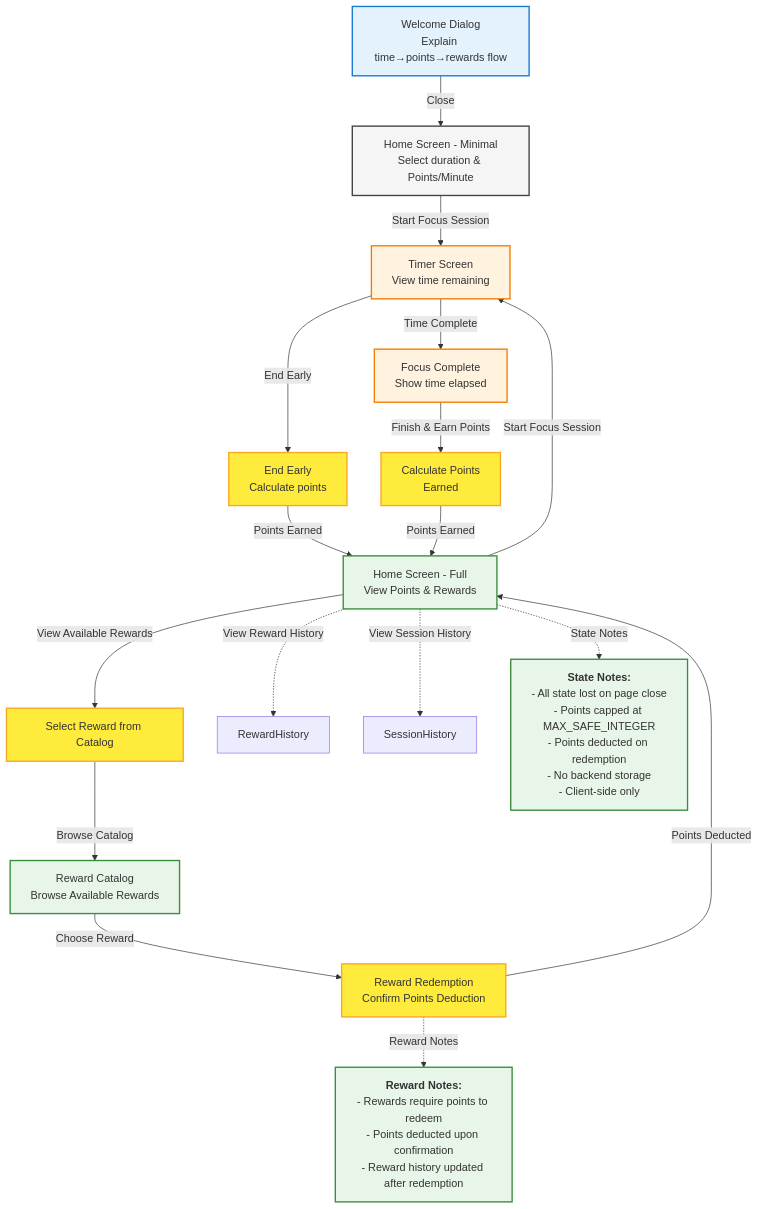
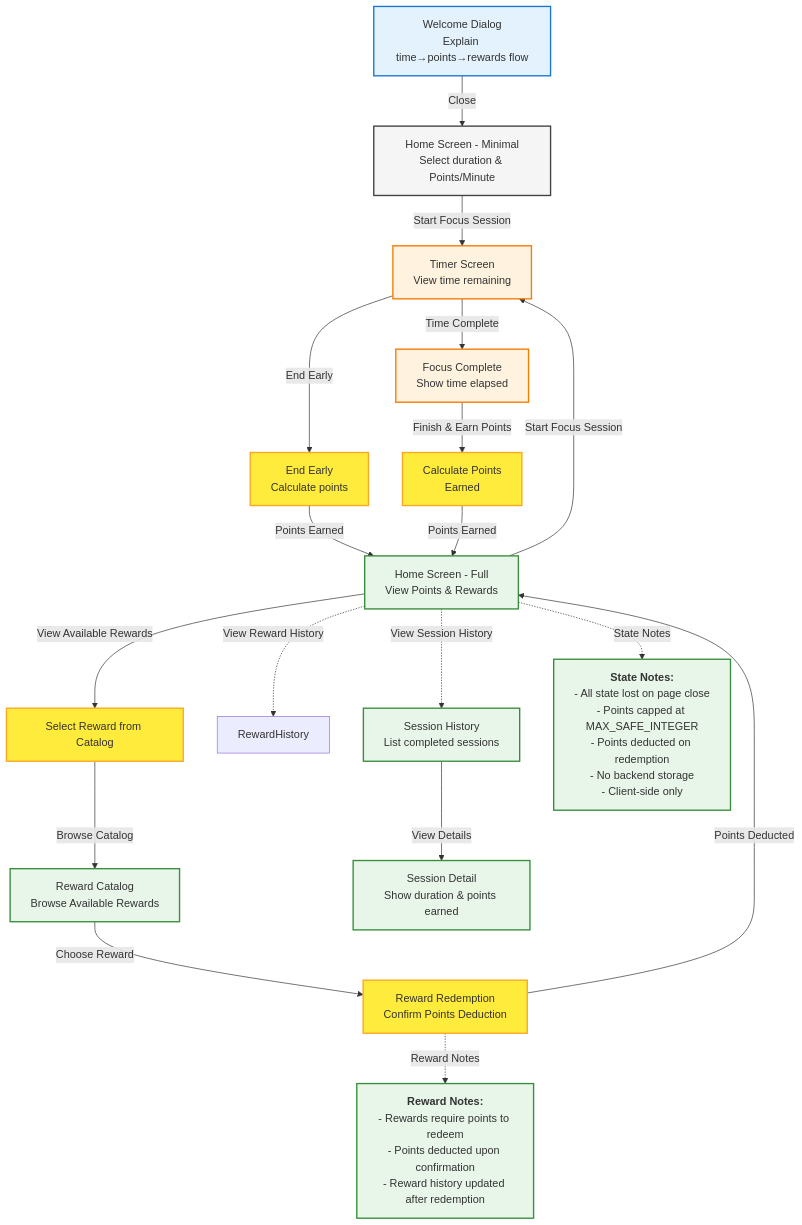
The diagram in design.md (michellekli/PomoExchange), drawn with Mermaid before and after one commit.

Commit message:
Add Session History to 3.1 User Flow

````diff
--- a/design.md
+++ b/design.md
@@ -59,63 +59,68 @@
 ```mermaid
 flowchart TD
    %% Define styles
    classDef welcome fill:#e3f2fd,stroke:#1976d2,stroke-width:2px
    classDef homeMinimal fill:#f5f5f5,stroke:#424242,stroke-width:2px
    classDef timer fill:#fff3e0,stroke:#f57c00,stroke-width:2px
    classDef homeFull fill:#e8f5e9,stroke:#388e3c,stroke-width:2px
    classDef action fill:#ffeb3b,stroke:#f9a825,stroke-width:2px
 
    %% Welcome Dialog
    Welcome[Welcome Dialog<br/>Explain time→points→rewards flow]:::welcome
    Welcome -->|Close| HomeMinimal
 
    %% Home Screen - Minimal
    HomeMinimal[Home Screen - Minimal<br/>Select duration & Points/Minute]:::homeMinimal
    HomeMinimal -->|Start Focus Session| Timer
 
    %% Timer Screen
    Timer[Timer Screen<br/>View time remaining]:::timer
    Timer -->|End Early| EndEarly
    Timer -->|Time Complete| Complete
 
    %% End Early Path
    EndEarly[End Early<br/>Calculate points]:::action
    EndEarly -->|Points Earned| HomeFull
 
    %% Complete Path
    Complete[Focus Complete<br/>Show time elapsed]:::timer
    Complete -->|Finish & Earn Points| EarnPoints
 
    %% Earn Points Path
    EarnPoints[Calculate Points<br/>Earned]:::action
    EarnPoints -->|Points Earned| HomeFull
 
    %% Home Screen - Full
    HomeFull[Home Screen - Full<br/>View Points & Rewards]:::homeFull
    HomeFull -->|Start Focus Session| Timer
    HomeFull -->|View Available Rewards| RewardSelection
 
    %% Reward Selection Path
    RewardSelection[Select Reward from Catalog]:::action
    RewardSelection -->|Browse Catalog| RewardCatalog
 
    %% Reward Catalog
    RewardCatalog[Reward Catalog<br/>Browse Available Rewards]:::homeFull
    RewardCatalog -->|Choose Reward| RewardRedemption
 
    %% Reward Redemption Path
    RewardRedemption[Reward Redemption<br/>Confirm Points Deduction]:::action
    RewardRedemption -->|Points Deducted| HomeFull
 
    %% Reward History
    HomeFull -.->|View Reward History| RewardHistory
    HomeFull -.->|View Session History| SessionHistory
 
+   %% Session History
+   SessionHistory[Session History<br/>List completed sessions]:::homeFull
+   SessionHistory -->|View Details| SessionDetail
+   SessionDetail[Session Detail<br/>Show duration & points earned]:::homeFull
+
    %% State Notes
    note1[<b>State Notes:</b><br/>- All state lost on page close<br/>- Points capped at MAX_SAFE_INTEGER<br/>- Points deducted on redemption<br/>- No backend storage<br/>- Client-side only]:::homeFull
    note2[<b>Reward Notes:</b><br/>- Rewards require points to redeem<br/>- Points deducted upon confirmation<br/>- Reward history updated after redemption]:::homeFull
 
    %% Connect notes
    HomeFull -.->|State Notes| note1
    RewardRedemption -.->|Reward Notes| note2
 ```
````
